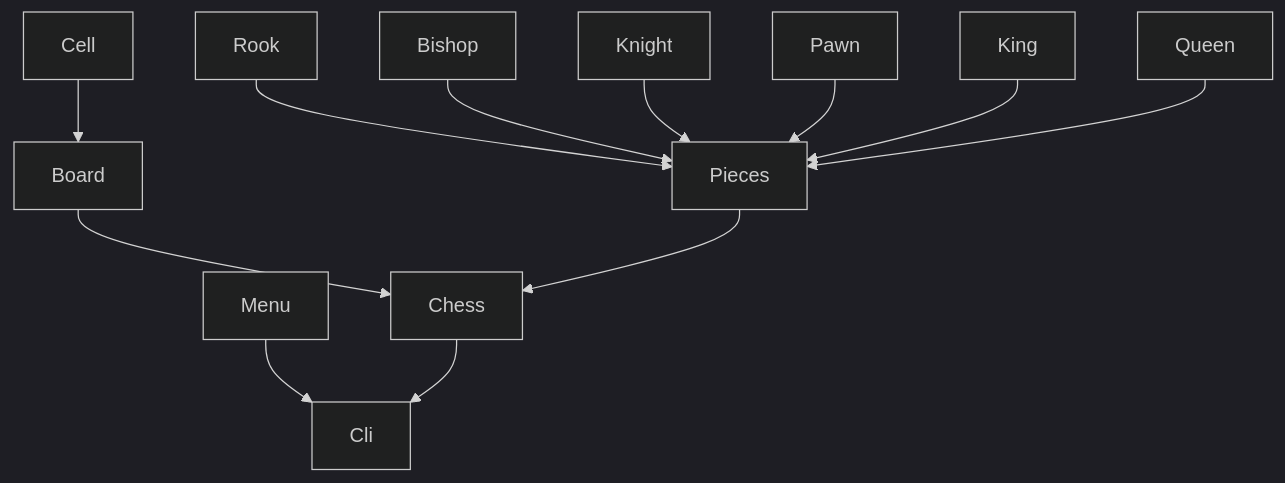
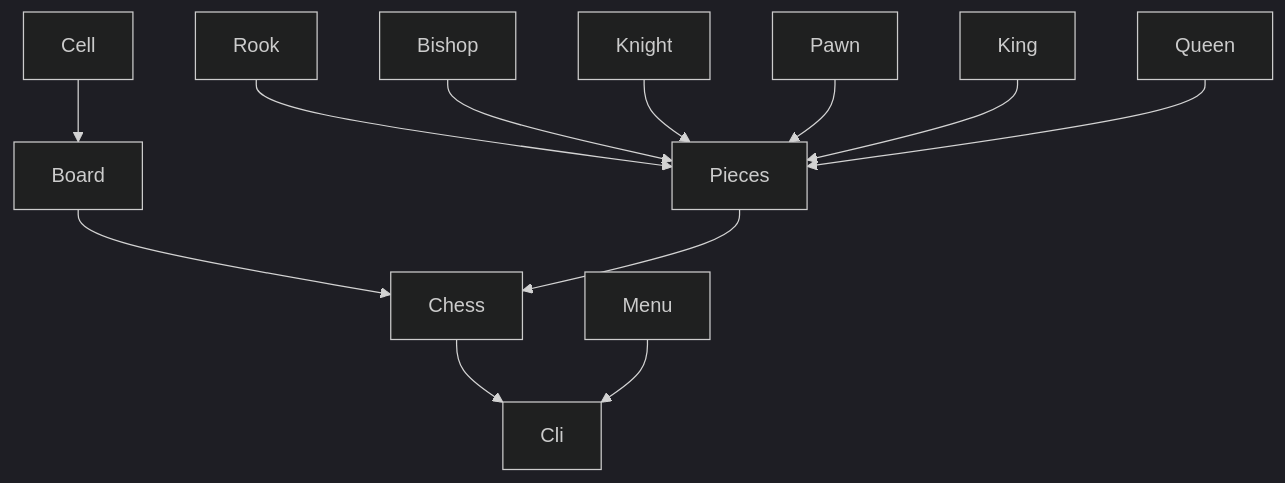
One commit to um-computacion-tm/ajedrez-2024-AugustoGiuffrida changed the diagram in README.md. Above: the diagram before and after it, drawn with Mermaid (dark theme). The commit also changed other lines of this file, not shown here.

````diff
--- a/README.md
+++ b/README.md
@@ -45,14 +53,14 @@
 ```mermaid
 graph TD;
     Rook-->Pieces;
     Bishop-->Pieces;
     Knight-->Pieces;
     Pawn-->Pieces;
     King-->Pieces;
     Queen-->Pieces;
+    Chess-->Cli;
     Menu-->Cli;
-    Chess-->Cli;
     Board-->Chess;
     Pieces-->Chess;
     Cell-->Board;
 ```
````
